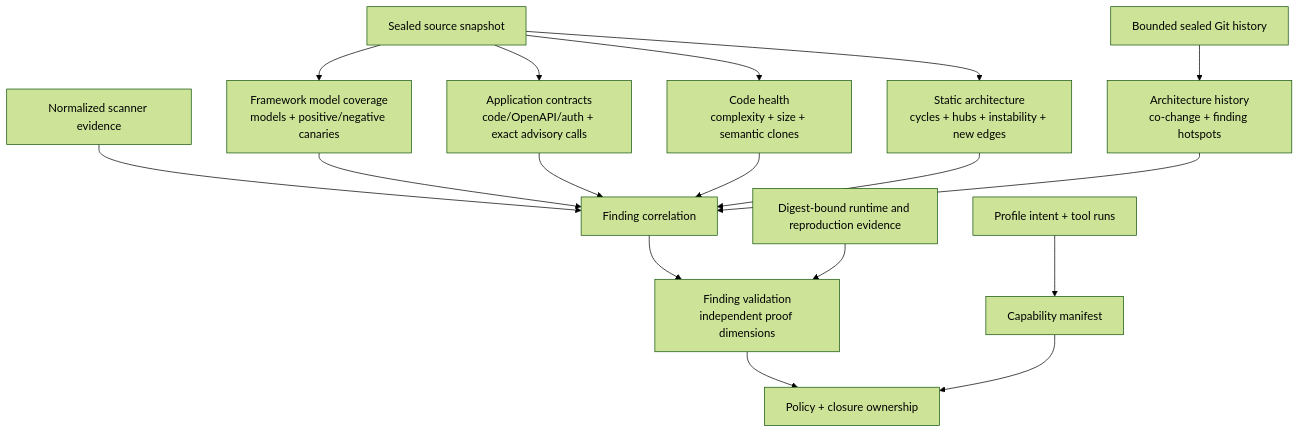
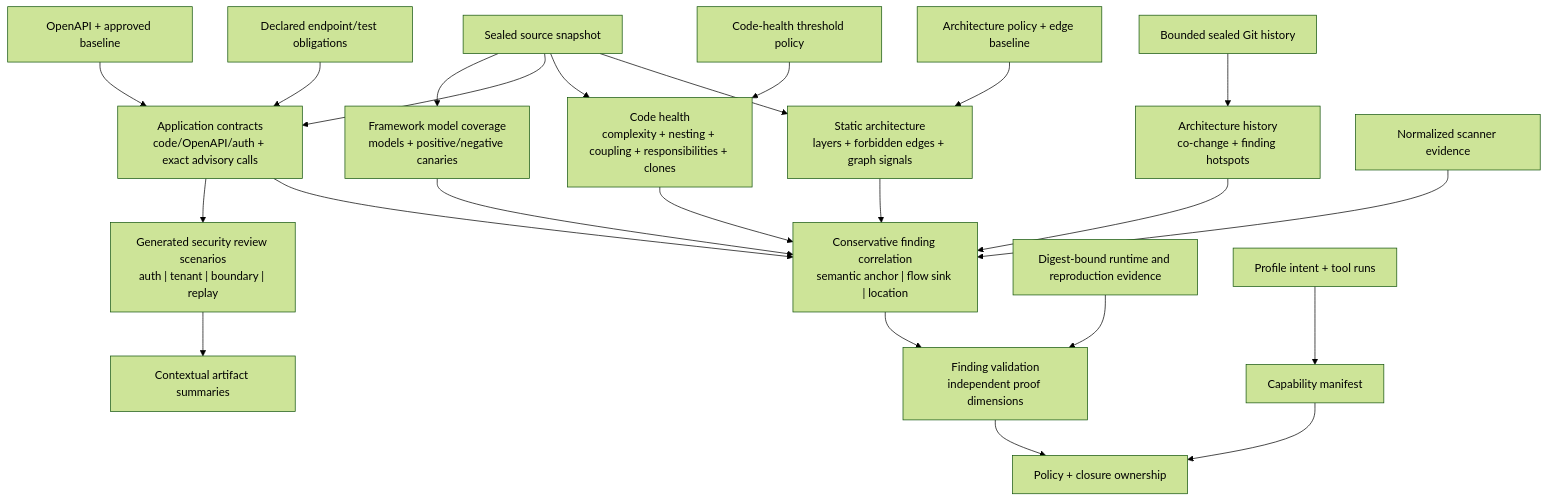
The second of 17 diagrams in docs/design.md (willtran87/project-py-security-suite), drawn with Mermaid (forest theme) before and after one commit. The commit also changed other lines of this file and 10 other files, not shown here.

Commit message:
docs: update analysis architecture diagrams

````diff
--- a/docs/design.md
+++ b/docs/design.md
@@ -76,19 +76,25 @@
 ```mermaid
 flowchart TB
     Source["Sealed source snapshot"] --> Frameworks["Framework model coverage<br/>models + positive/negative canaries"]
     Source --> Contracts["Application contracts<br/>code/OpenAPI/auth + exact advisory calls"]
-    Source --> Health["Code health<br/>complexity + size + semantic clones"]
-    Source --> Architecture["Static architecture<br/>cycles + hubs + instability + new edges"]
+    OpenAPI["OpenAPI + approved baseline"] --> Contracts
+    ContractPolicy["Declared endpoint/test obligations"] --> Contracts
+    Contracts --> Scenarios["Generated security review scenarios<br/>auth | tenant | boundary | replay"]
+    Source --> Health["Code health<br/>complexity + nesting + coupling + responsibilities + clones"]
+    HealthPolicy["Code-health threshold policy"] --> Health
+    Source --> Architecture["Static architecture<br/>layers + forbidden edges + graph signals"]
+    ArchitecturePolicy["Architecture policy + edge baseline"] --> Architecture
     History["Bounded sealed Git history"] --> Temporal["Architecture history<br/>co-change + finding hotspots"]
-    ToolEvidence["Normalized scanner evidence"] --> Correlate["Finding correlation"]
+    ToolEvidence["Normalized scanner evidence"] --> Correlate["Conservative finding correlation<br/>semantic anchor | flow sink | location"]
     Frameworks --> Correlate
     Contracts --> Correlate
+    Scenarios --> Reports["Contextual artifact summaries"]
     Health --> Correlate
     Architecture --> Correlate
     Temporal --> Correlate
     Correlate --> Validation["Finding validation<br/>independent proof dimensions"]
     Runtime["Digest-bound runtime and reproduction evidence"] --> Validation
     Validation --> Policy["Policy + closure ownership"]
     Capabilities["Profile intent + tool runs"] --> Manifest["Capability manifest"]
     Manifest --> Policy
 ```
````
